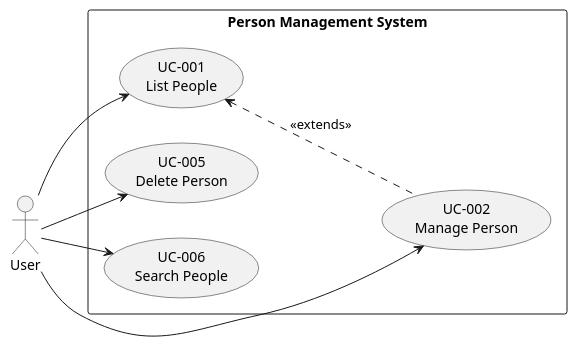
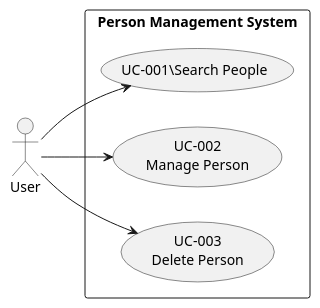
One commit to simasch/crud changed the diagram in docs/use_cases.puml. Above: the diagram before and after it, drawn with PlantUML. The commit also changed 5 other files, not shown here.

Commit message:
Add search functionality to "People" view and update use case documentation.

```diff
--- a/docs/use_cases.puml
+++ b/docs/use_cases.puml
@@ -1,21 +1,17 @@
 @startuml use_cases
 left to right direction
 skinparam packageStyle rectangle
 
 actor "User" as user
 
 rectangle "Person Management System" {
-    usecase "UC-001\nList People" as UC001
+    usecase "UC-001\Search People" as UC001
     usecase "UC-002\nManage Person" as UC002
-    usecase "UC-005\nDelete Person" as UC005
-    usecase "UC-006\nSearch People" as UC006
+    usecase "UC-003\nDelete Person" as UC003
 }
 
 user --> UC001
 user --> UC002
-user --> UC005
-user --> UC006
-
-UC001 <.. UC002 : <<extends>>
+user --> UC003
 
 @enduml
```
